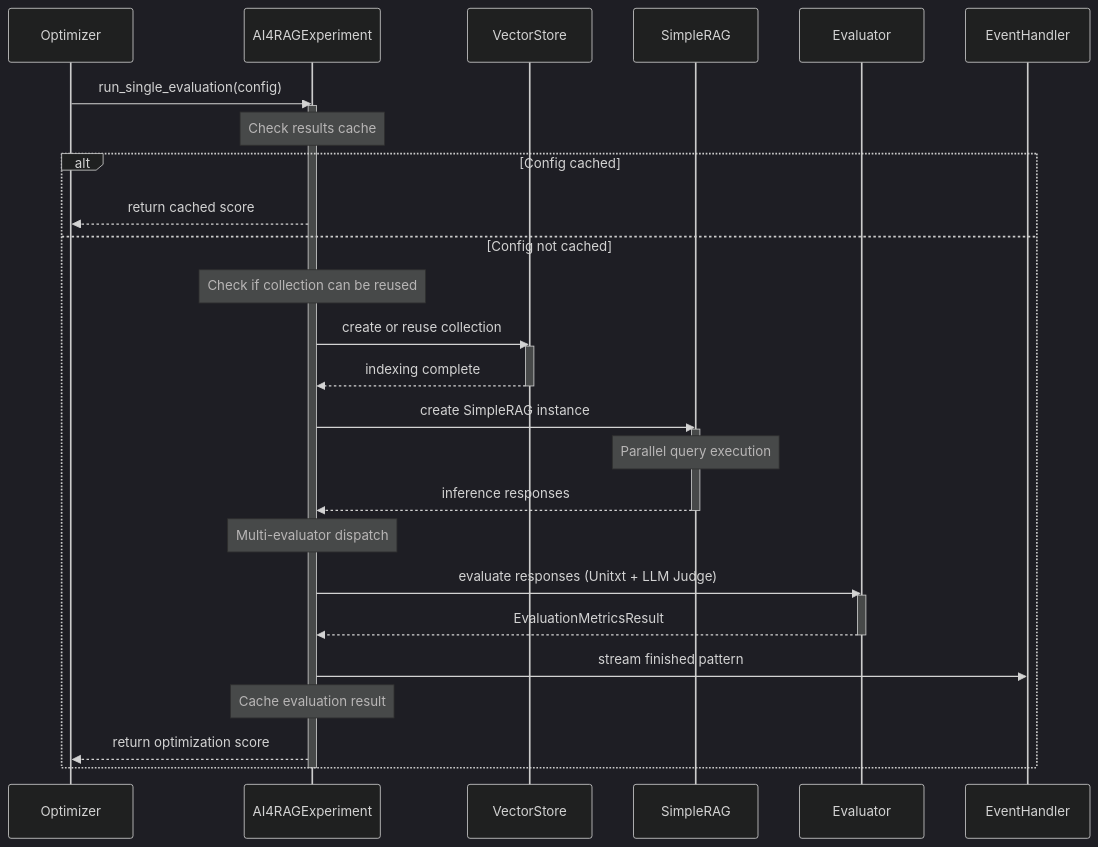
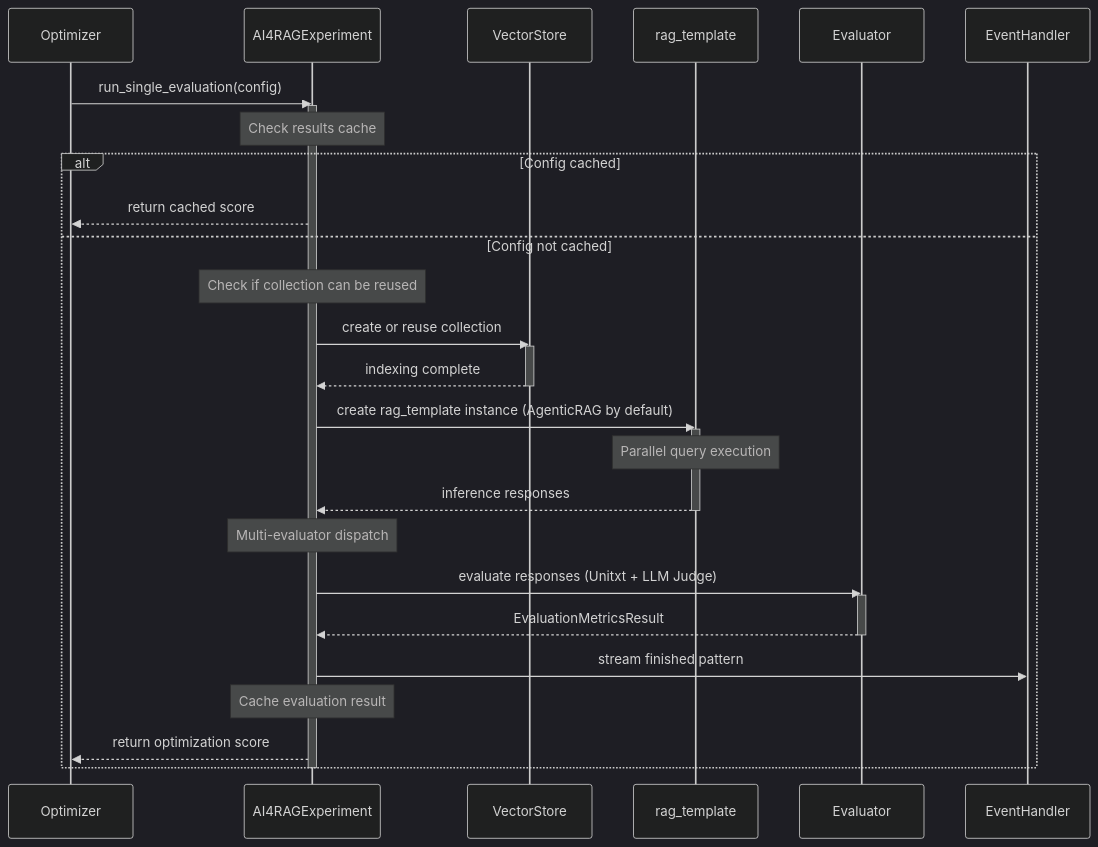
One commit to IBM/ai4rag changed the second of 3 diagrams in docs/architecture/core-components.md. Above: the diagram before and after it, drawn with Mermaid (dark theme). The commit also changed other lines of this file and 11 other files, not shown here.

````diff
--- a/docs/architecture/core-components.md
+++ b/docs/architecture/core-components.md
@@ -98,40 +105,40 @@
 ```mermaid
 sequenceDiagram
     participant Optimizer
     participant Exp as AI4RAGExperiment
     participant VS as VectorStore
-    participant RAG as SimpleRAG
+    participant RAG as rag_template
     participant Eval as Evaluator
     participant EH as EventHandler
 
     Optimizer->>Exp: run_single_evaluation(config)
     activate Exp
     Note over Exp: Check results cache
 
     alt Config cached
         Exp-->>Optimizer: return cached score
     else Config not cached
         Note over Exp: Check if collection can be reused
         Exp->>VS: create or reuse collection
         activate VS
         VS-->>Exp: indexing complete
         deactivate VS
 
-        Exp->>RAG: create SimpleRAG instance
+        Exp->>RAG: create rag_template instance (AgenticRAG by default)
         activate RAG
         Note over RAG: Parallel query execution
         RAG-->>Exp: inference responses
         deactivate RAG
 
         Note over Exp: Multi-evaluator dispatch
         Exp->>Eval: evaluate responses (Unitxt + LLM Judge)
         activate Eval
         Eval-->>Exp: EvaluationMetricsResult
         deactivate Eval
 
         Exp->>EH: stream finished pattern
         Note over Exp: Cache evaluation result
         Exp-->>Optimizer: return optimization score
     end
     deactivate Exp
 ```
````
